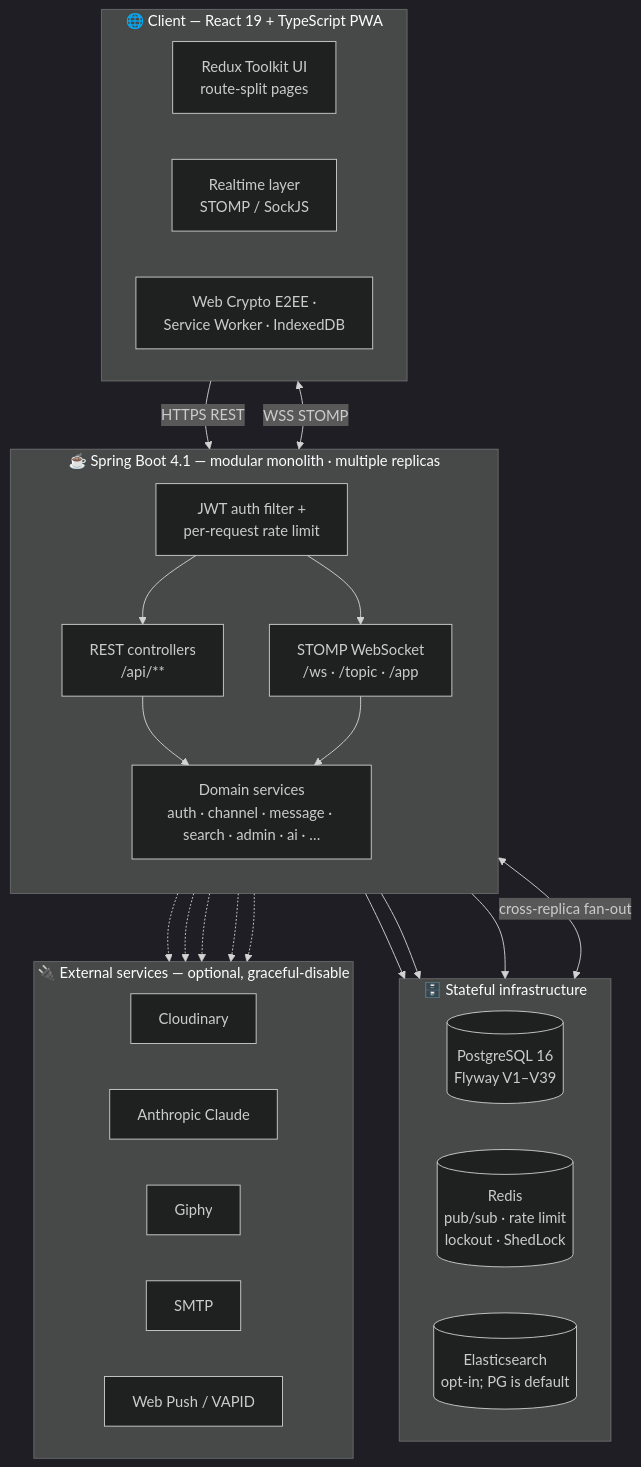
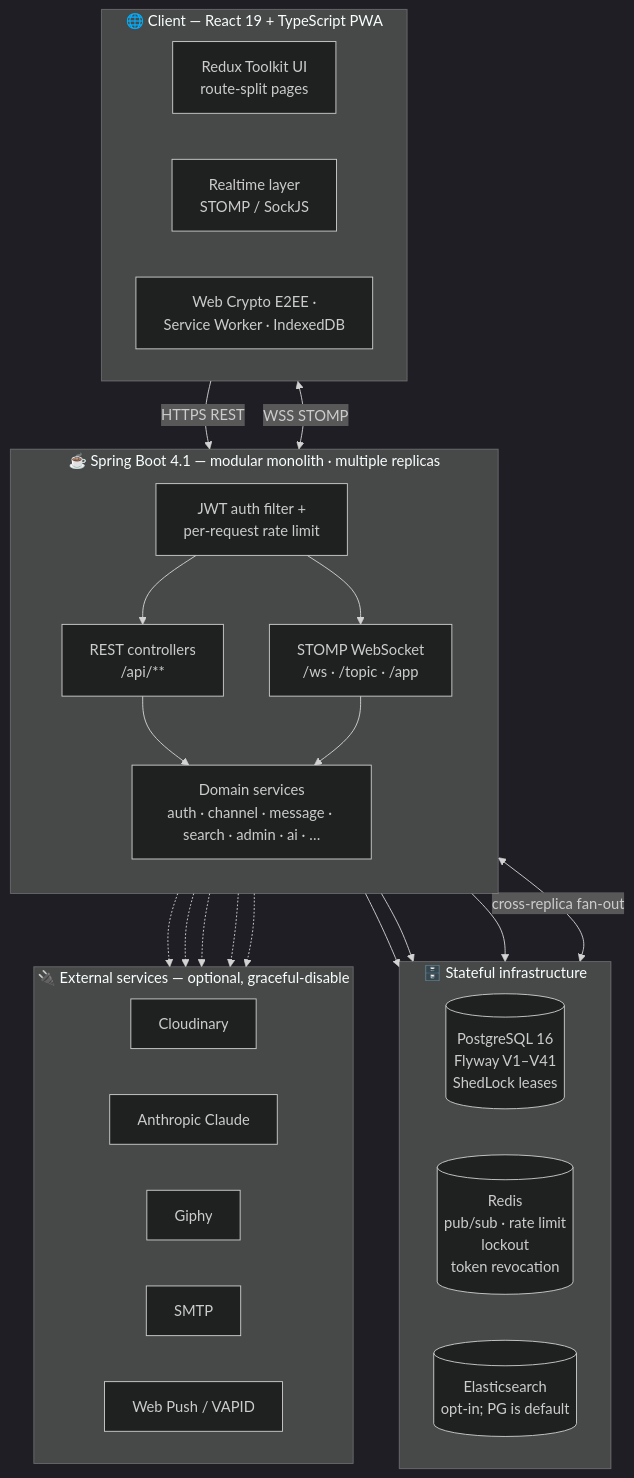
One commit to YusufKosarDev/ripplechat changed the diagram in README.md. Above: the diagram before and after it, drawn with Mermaid (dark theme). The commit also changed other lines of this file, not shown here.

````diff
--- a/README.md
+++ b/README.md
@@ -261,43 +261,43 @@
 ```mermaid
 flowchart TB
     subgraph Client["🌐 Client — React 19 + TypeScript PWA"]
         direction LR
         UI["Redux Toolkit UI<br/>route-split pages"]
         RT["Realtime layer<br/>STOMP / SockJS"]
         SEC["Web Crypto E2EE ·<br/>Service Worker · IndexedDB"]
     end
 
     subgraph Backend["☕ Spring Boot 4.1 — modular monolith · multiple replicas"]
         direction TB
         JWT["JWT auth filter +<br/>per-request rate limit"]
         REST["REST controllers<br/>/api/**"]
         WS["STOMP WebSocket<br/>/ws · /topic · /app"]
         SVC["Domain services<br/>auth · channel · message · search · admin · ai · …"]
         JWT --> REST --> SVC
         JWT --> WS --> SVC
     end
 
     subgraph Data["🗄️ Stateful infrastructure"]
         direction LR
-        PG[("PostgreSQL 16<br/>Flyway V1–V39")]
-        RD[("Redis<br/>pub/sub · rate limit<br/>lockout · ShedLock")]
+        PG[("PostgreSQL 16<br/>Flyway V1–V41<br/>ShedLock leases")]
+        RD[("Redis<br/>pub/sub · rate limit<br/>lockout<br/>token revocation")]
         ES[("Elasticsearch<br/>opt-in; PG is default")]
     end
 
     subgraph Ext["🔌 External services — optional, graceful-disable"]
         direction LR
         CL["Cloudinary"]
         AN["Anthropic Claude"]
         GF["Giphy"]
         SM["SMTP"]
         VP["Web Push / VAPID"]
     end
 
     UI -->|HTTPS REST| REST
     RT <-->|WSS STOMP| WS
     SVC --> PG
     SVC --> ES
     SVC --> RD
     WS <-->|cross-replica fan-out| RD
     SVC -.-> CL & AN & GF & SM & VP
 ```
````
